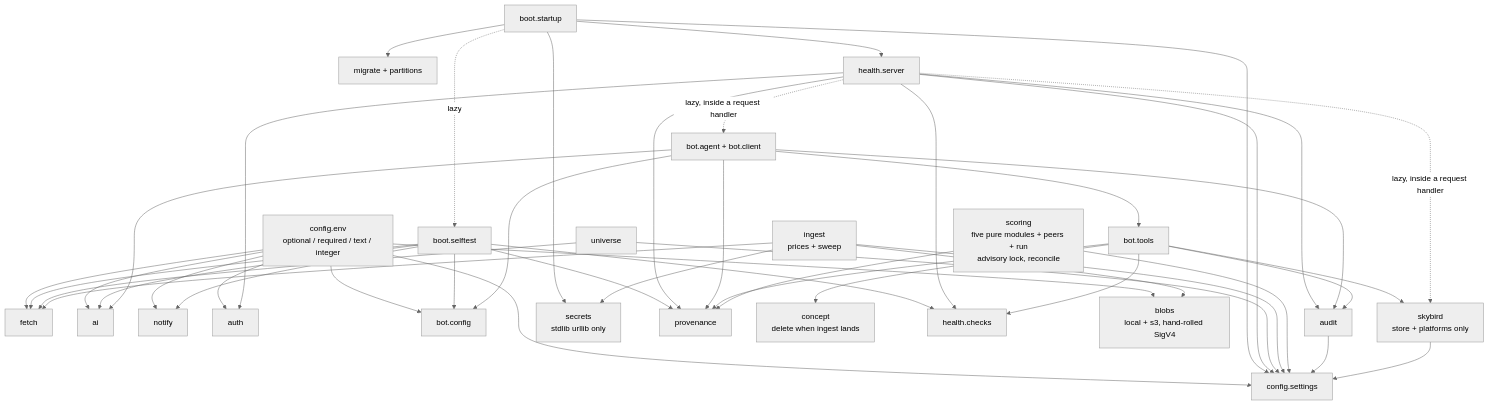
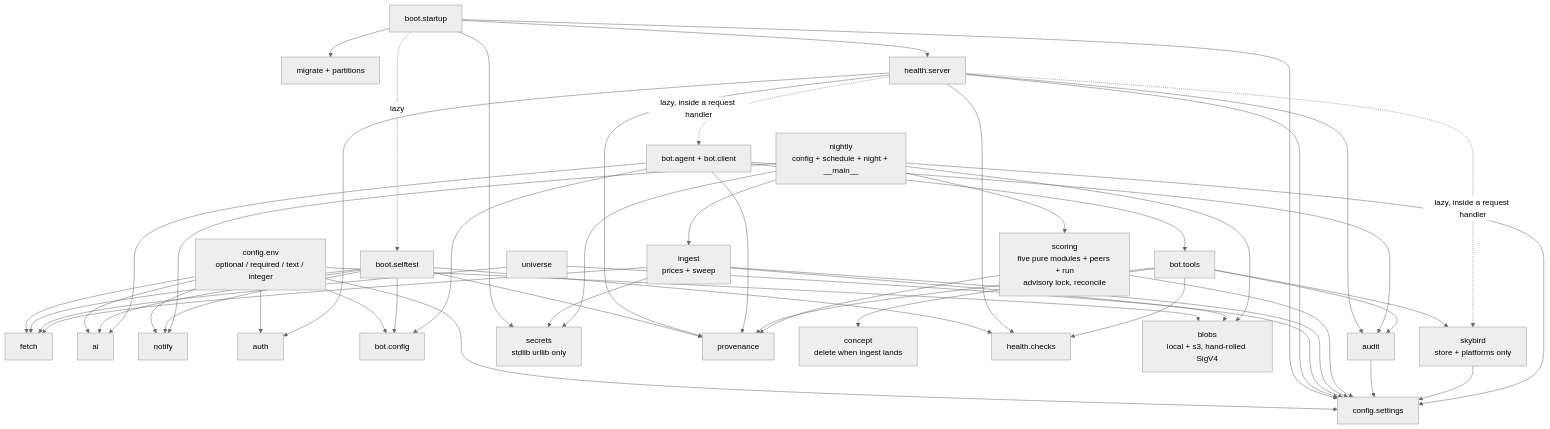
One commit to D1K03/stock-aggregator changed the third of 14 diagrams in docs/architecture.md. Above: the diagram before and after it, drawn with Mermaid (neutral theme). The commit also changed other lines of this file and 11 other files, not shown here.

````diff
--- a/docs/architecture.md
+++ b/docs/architecture.md
@@ -233,6 +245,7 @@
     ingest["ingest<br/>prices + sweep"]
     scoring["scoring<br/>five pure modules + peers + run<br/>advisory lock, reconcile"]
     skybird["skybird<br/>store + platforms only"]
+    nightly["nightly<br/>config + schedule + night + __main__"]
 
     boot --> settings
     boot --> secrets
@@ -281,4 +294,11 @@
     audit --> settings
     health -.->|"lazy, inside a request handler"| skybird
     skybird --> settings
+
+    nightly --> settings
+    nightly --> secrets
+    nightly --> blobs
+    nightly --> ingest
+    nightly --> scoring
+    nightly --> notify
 ```
````
